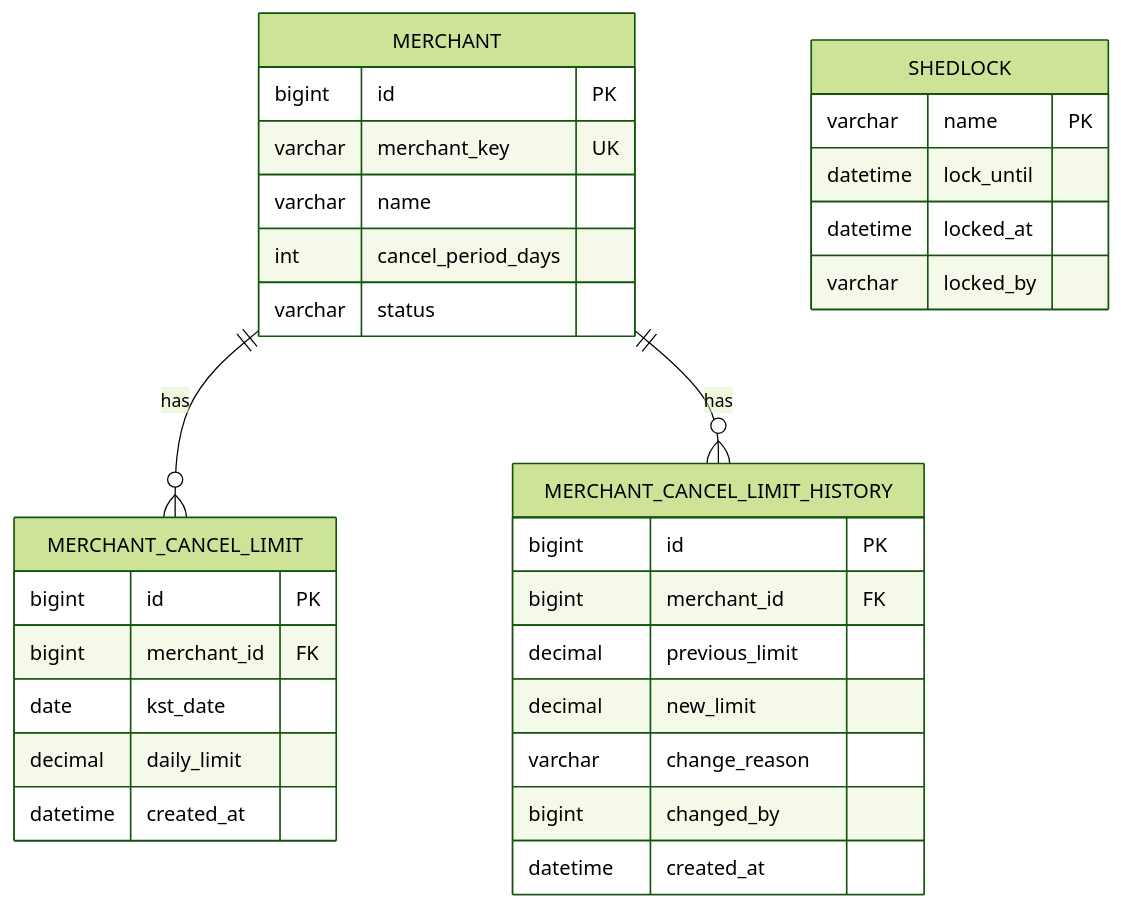
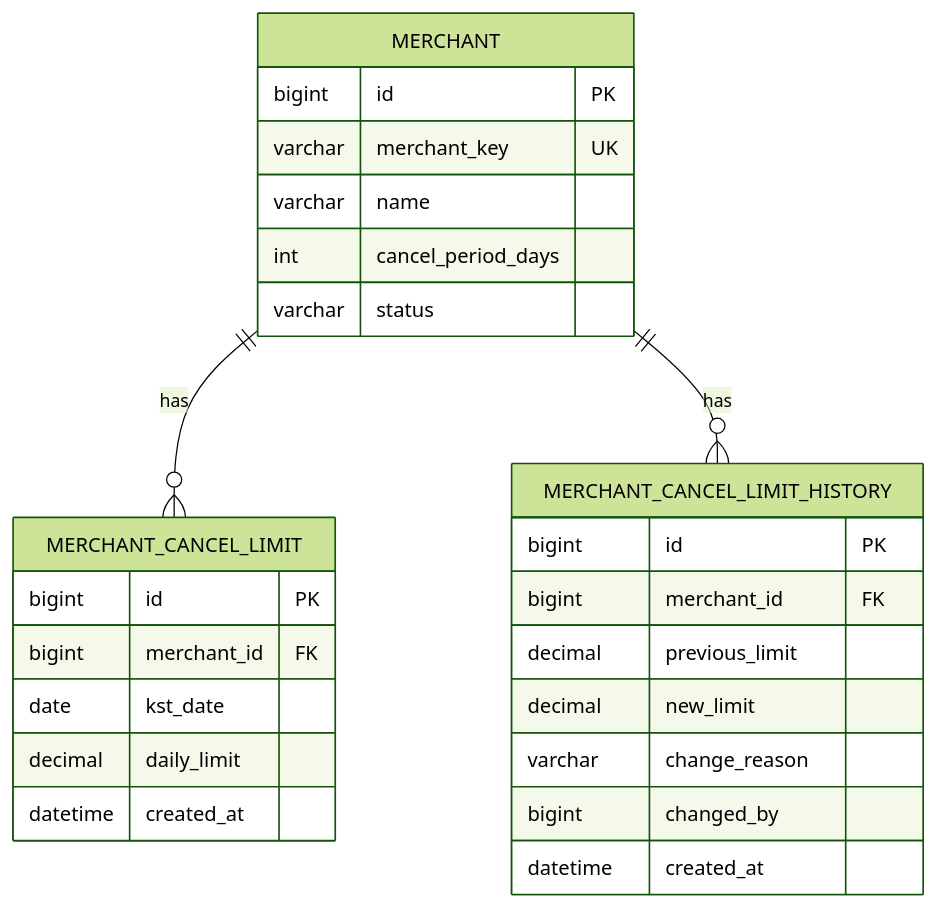
Before and after one commit to lsc713/docswithmulti: the fifth of 7 diagrams in sysdesign/detail/data-design.md, drawn with Mermaid (forest theme). The commit also changed other lines of this file and 2 other files, not shown here.

First line of the commit message:
docs: 결제 취소 플로우 및 데이터 설계 문서 수정

````diff
--- a/sysdesign/detail/data-design.md
+++ b/sysdesign/detail/data-design.md
@@ -248,35 +241,29 @@
 ```mermaid
 erDiagram
   MERCHANT ||--o{ MERCHANT_CANCEL_LIMIT : has
   MERCHANT ||--o{ MERCHANT_CANCEL_LIMIT_HISTORY : has
 
   MERCHANT {
     bigint id PK
     varchar merchant_key UK
     varchar name
     int cancel_period_days
     varchar status
   }
   MERCHANT_CANCEL_LIMIT {
     bigint id PK
     bigint merchant_id FK
     date kst_date
     decimal daily_limit
     datetime created_at
   }
   MERCHANT_CANCEL_LIMIT_HISTORY {
     bigint id PK
     bigint merchant_id FK
     decimal previous_limit
     decimal new_limit
     varchar change_reason
     bigint changed_by
     datetime created_at
   }
-  SHEDLOCK {
-    varchar name PK
-    datetime lock_until
-    datetime locked_at
-    varchar locked_by
-  }
 ```
````
